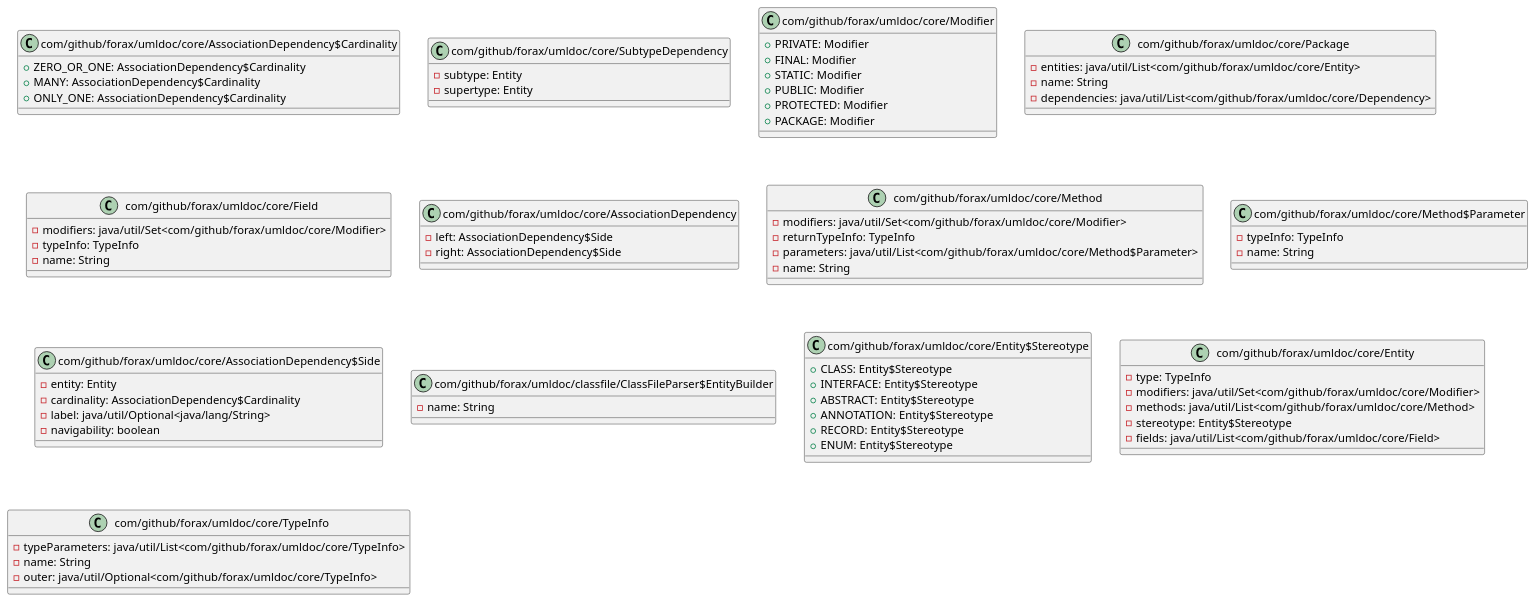
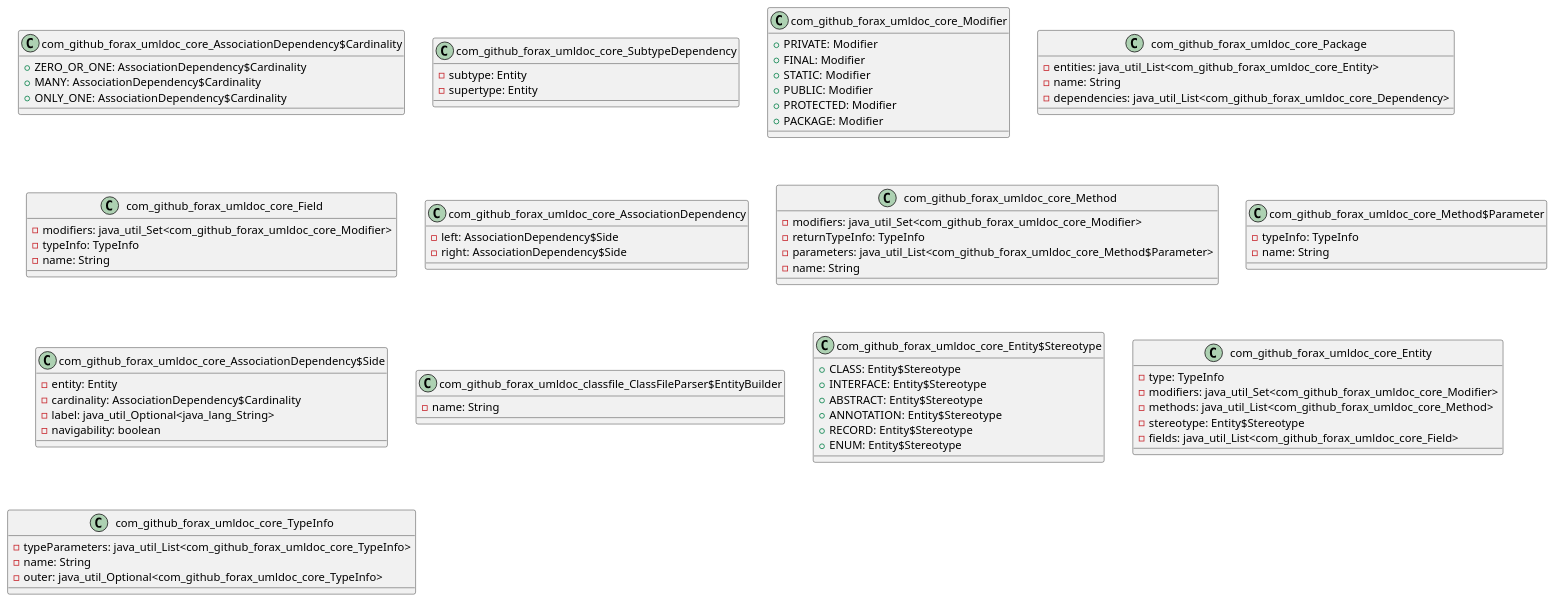
One commit to AxelBelin/umldocDonneBelinFork changed the first of 2 diagrams in src/main/java/com/github/donnebelin/umldoc/test.md. Above: the diagram before and after it, drawn with PlantUML. The commit also changed other lines of this file and 2 other files, not shown here.

```diff
--- a/src/main/java/com/github/donnebelin/umldoc/test.md
+++ b/src/main/java/com/github/donnebelin/umldoc/test.md
@@ -1,17 +1,17 @@
 @startuml
 
-    class com/github/forax/umldoc/core/AssociationDependency$Cardinality {
+    class com_github_forax_umldoc_core_AssociationDependency$Cardinality {
       +ZERO_OR_ONE: AssociationDependency$Cardinality
 			+MANY: AssociationDependency$Cardinality
 			+ONLY_ONE: AssociationDependency$Cardinality
     }
 
-    class com/github/forax/umldoc/core/SubtypeDependency {
+    class com_github_forax_umldoc_core_SubtypeDependency {
       -subtype: Entity
 			-supertype: Entity
     }
 
-    class com/github/forax/umldoc/core/Modifier {
+    class com_github_forax_umldoc_core_Modifier {
       +PRIVATE: Modifier
 			+FINAL: Modifier
 			+STATIC: Modifier
@@ -20,47 +20,47 @@
 			+PACKAGE: Modifier
     }
 
-    class com/github/forax/umldoc/core/Package {
-      -entities: java/util/List<com/github/forax/umldoc/core/Entity>
+    class com_github_forax_umldoc_core_Package {
+      -entities: java_util_List<com_github_forax_umldoc_core_Entity>
 			-name: String
-			-dependencies: java/util/List<com/github/forax/umldoc/core/Dependency>
+			-dependencies: java_util_List<com_github_forax_umldoc_core_Dependency>
     }
 
-    class com/github/forax/umldoc/core/Field {
-      -modifiers: java/util/Set<com/github/forax/umldoc/core/Modifier>
+    class com_github_forax_umldoc_core_Field {
+      -modifiers: java_util_Set<com_github_forax_umldoc_core_Modifier>
 			-typeInfo: TypeInfo
 			-name: String
     }
 
-    class com/github/forax/umldoc/core/AssociationDependency {
+    class com_github_forax_umldoc_core_AssociationDependency {
       -left: AssociationDependency$Side
 			-right: AssociationDependency$Side
     }
 
-    class com/github/forax/umldoc/core/Method {
-      -modifiers: java/util/Set<com/github/forax/umldoc/core/Modifier>
+    class com_github_forax_umldoc_core_Method {
+      -modifiers: java_util_Set<com_github_forax_umldoc_core_Modifier>
 			-returnTypeInfo: TypeInfo
-			-parameters: java/util/List<com/github/forax/umldoc/core/Method$Parameter>
+			-parameters: java_util_List<com_github_forax_umldoc_core_Method$Parameter>
 			-name: String
     }
 
-    class com/github/forax/umldoc/core/Method$Parameter {
+    class com_github_forax_umldoc_core_Method$Parameter {
       -typeInfo: TypeInfo
 			-name: String
     }
 
-    class com/github/forax/umldoc/core/AssociationDependency$Side {
+    class com_github_forax_umldoc_core_AssociationDependency$Side {
       -entity: Entity
 			-cardinality: AssociationDependency$Cardinality
-			-label: java/util/Optional<java/lang/String>
+			-label: java_util_Optional<java_lang_String>
 			-navigability: boolean
     }
 
-    class com/github/forax/umldoc/classfile/ClassFileParser$EntityBuilder {
+    class com_github_forax_umldoc_classfile_ClassFileParser$EntityBuilder {
       -name: String
     }
 
-    class com/github/forax/umldoc/core/Entity$Stereotype {
+    class com_github_forax_umldoc_core_Entity$Stereotype {
       +CLASS: Entity$Stereotype
 			+INTERFACE: Entity$Stereotype
 			+ABSTRACT: Entity$Stereotype
@@ -69,18 +69,18 @@
 			+ENUM: Entity$Stereotype
     }
 
-    class com/github/forax/umldoc/core/Entity {
+    class com_github_forax_umldoc_core_Entity {
       -type: TypeInfo
-			-modifiers: java/util/Set<com/github/forax/umldoc/core/Modifier>
-			-methods: java/util/List<com/github/forax/umldoc/core/Method>
+			-modifiers: java_util_Set<com_github_forax_umldoc_core_Modifier>
+			-methods: java_util_List<com_github_forax_umldoc_core_Method>
 			-stereotype: Entity$Stereotype
-			-fields: java/util/List<com/github/forax/umldoc/core/Field>
+			-fields: java_util_List<com_github_forax_umldoc_core_Field>
     }
 
-    class com/github/forax/umldoc/core/TypeInfo {
-      -typeParameters: java/util/List<com/github/forax/umldoc/core/TypeInfo>
+    class com_github_forax_umldoc_core_TypeInfo {
+      -typeParameters: java_util_List<com_github_forax_umldoc_core_TypeInfo>
 			-name: String
-			-outer: java/util/Optional<com/github/forax/umldoc/core/TypeInfo>
+			-outer: java_util_Optional<com_github_forax_umldoc_core_TypeInfo>
     }
 
 @enduml
```
